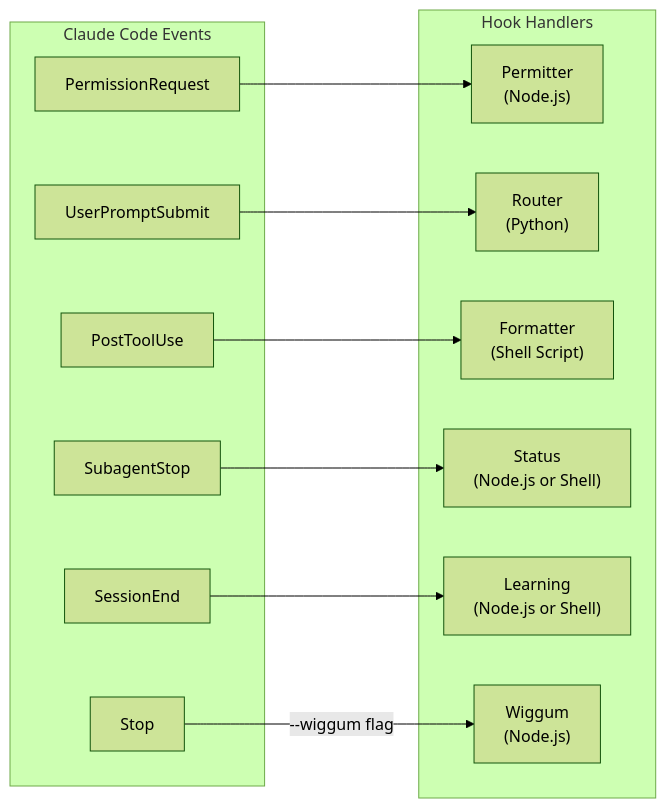
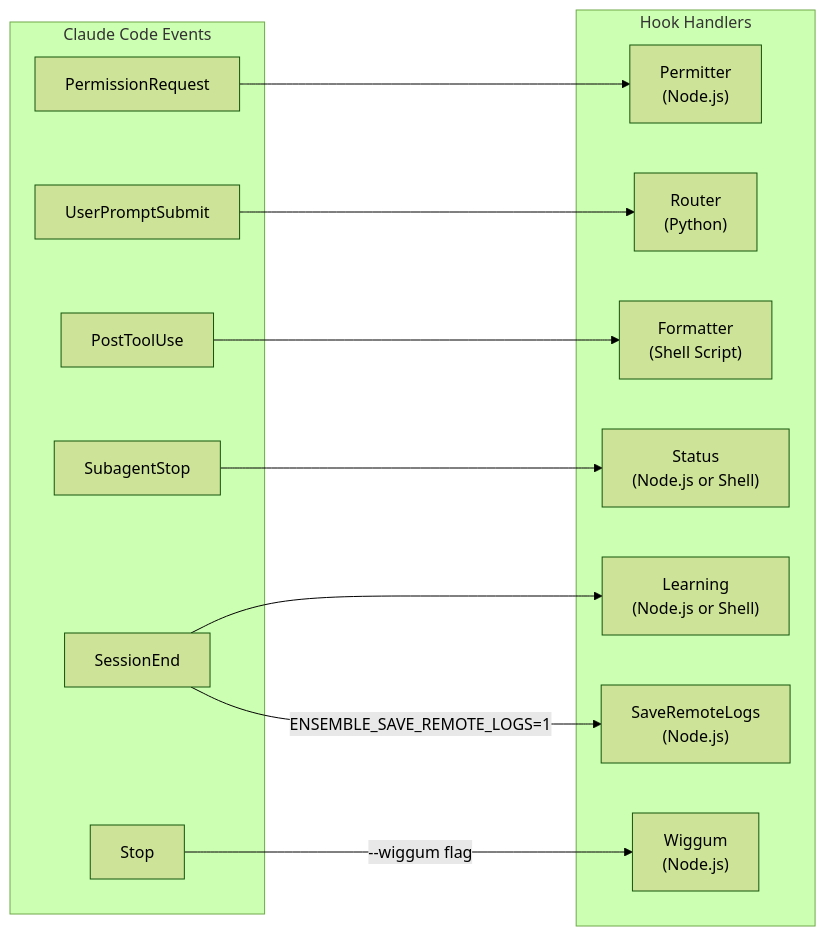
One commit to FortiumPartners/ensemble changed the fourth of 9 diagrams in docs/TRD/ensemble-vnext.md. Above: the diagram before and after it, drawn with Mermaid (forest theme). The commit also changed other lines of this file and 2036 other files, not shown here.

````diff
--- a/docs/TRD/ensemble-vnext.md
+++ b/docs/TRD/ensemble-vnext.md
@@ -370,27 +370,29 @@
 ```mermaid
 flowchart LR
     subgraph EVENTS["Claude Code Events"]
         E1["PermissionRequest"]
         E2["UserPromptSubmit"]
         E3["PostToolUse"]
         E4["SubagentStop"]
         E5["SessionEnd"]
         E6["Stop"]
     end
 
     subgraph HOOKS["Hook Handlers"]
         H1["Permitter<br/>(Node.js)"]
         H2["Router<br/>(Python)"]
         H3["Formatter<br/>(Shell Script)"]
         H4["Status<br/>(Node.js or Shell)"]
         H5["Learning<br/>(Node.js or Shell)"]
         H6["Wiggum<br/>(Node.js)"]
+        H7["SaveRemoteLogs<br/>(Node.js)"]
     end
 
     E1 --> H1
     E2 --> H2
     E3 --> H3
     E4 --> H4
     E5 --> H5
+    E5 --> |"ENSEMBLE_SAVE_REMOTE_LOGS=1"| H7
     E6 --> |"--wiggum flag"| H6
 ```
````
